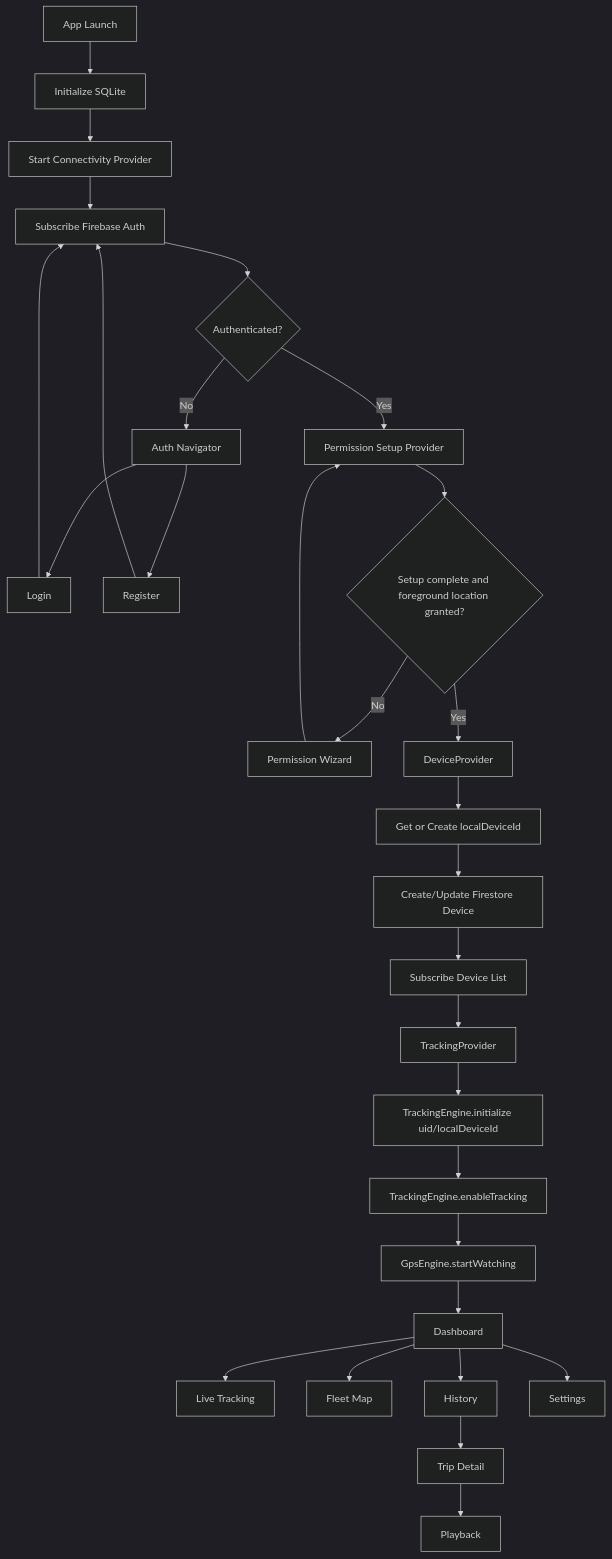
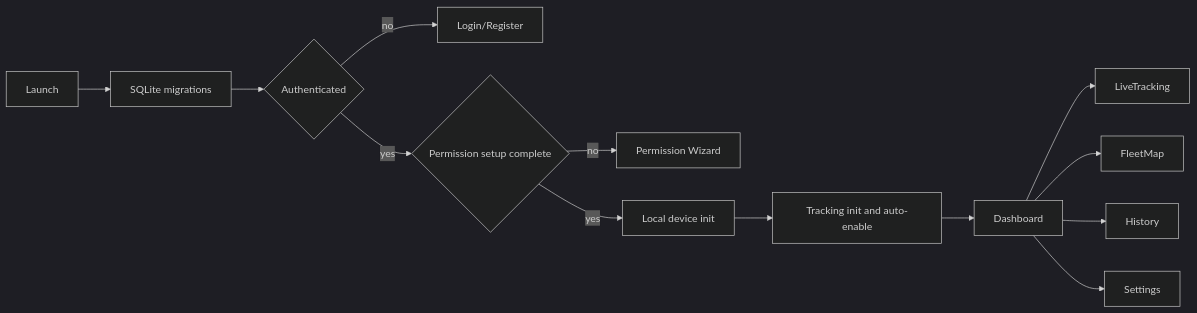
Before and after one commit to bupbalabup/MMA301: the second of 4 diagrams in PROJECT_EXPORT.md, drawn with Mermaid (dark theme). The commit also changed other lines of this file and 17 other files, not shown here.

````diff
--- a/PROJECT_EXPORT.md
+++ b/PROJECT_EXPORT.md
@@ -344,36 +47,15 @@
 ```mermaid
-flowchart TD
-  Launch[App Launch] --> Bootstrap[Initialize SQLite]
-  Bootstrap --> Connectivity[Start Connectivity Provider]
-  Connectivity --> Auth[Subscribe Firebase Auth]
-  Auth --> AuthDecision{Authenticated?}
-
-  AuthDecision -->|No| AuthNav[Auth Navigator]
-  AuthNav --> Login[Login]
-  AuthNav --> Register[Register]
-  Login --> Auth
-  Register --> Auth
-
-  AuthDecision -->|Yes| Setup[Permission Setup Provider]
-  Setup --> SetupDone{Setup complete and foreground location granted?}
-  SetupDone -->|No| Wizard[Permission Wizard]
-  Wizard --> Setup
-  SetupDone -->|Yes| Device[DeviceProvider]
-
-  Device --> LocalId[Get or Create localDeviceId]
-  LocalId --> FirestoreDevice[Create/Update Firestore Device]
-  FirestoreDevice --> DeviceList[Subscribe Device List]
-  DeviceList --> Tracking[TrackingProvider]
-
-  Tracking --> InitEngine[TrackingEngine.initialize uid/localDeviceId]
-  InitEngine --> Enable[TrackingEngine.enableTracking]
-  Enable --> GPS[GpsEngine.startWatching]
-  GPS --> Dashboard[Dashboard]
-
-  Dashboard --> Live[Live Tracking]
-  Dashboard --> Fleet[Fleet Map]
-  Dashboard --> History[History]
-  Dashboard --> Settings[Settings]
-  History --> Detail[Trip Detail]
-  Detail --> Playback[Playback]
+flowchart LR
+  Launch --> SQLite[SQLite migrations]
+  SQLite --> Auth{Authenticated}
+  Auth -- no --> LoginRegister[Login/Register]
+  Auth -- yes --> Setup{Permission setup complete}
+  Setup -- no --> Wizard[Permission Wizard]
+  Setup -- yes --> Device[Local device init]
+  Device --> Tracking[Tracking init and auto-enable]
+  Tracking --> Dashboard
+  Dashboard --> LiveTracking
+  Dashboard --> FleetMap
+  Dashboard --> History
+  Dashboard --> Settings
 ```
````
